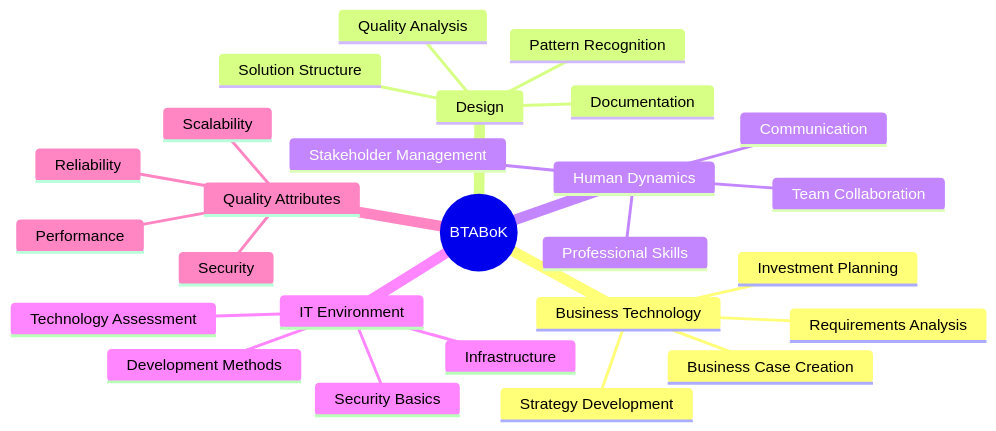
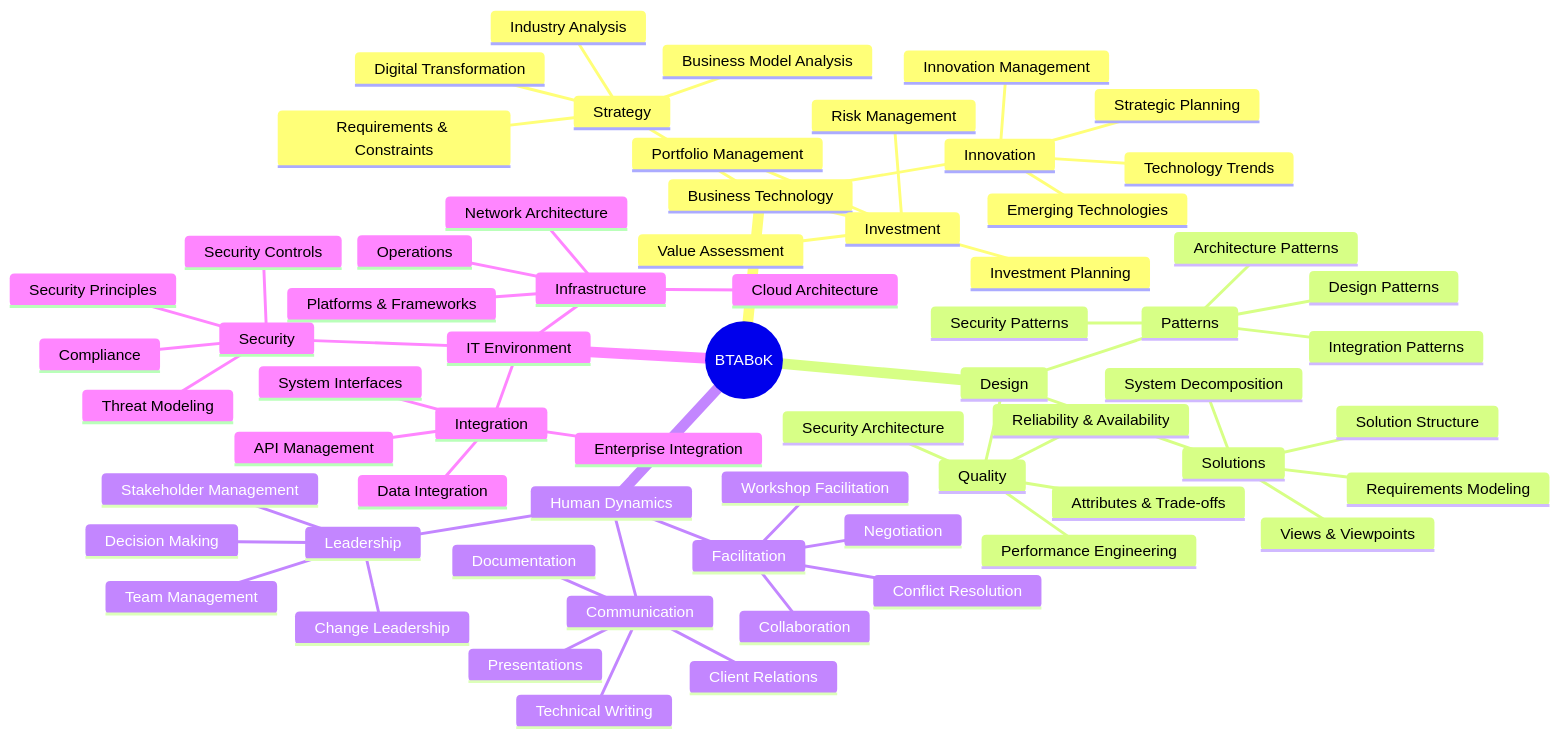
One commit to AliceNN-ucdenver/Iasa changed the second of 4 diagrams in teaching-firms.md. Above: the diagram before and after it, drawn with Mermaid. The commit also changed other lines of this file, not shown here.

````diff
--- a/teaching-firms.md
+++ b/teaching-firms.md
@@ -59,29 +45,68 @@
 ```mermaid
 mindmap
     root((BTABoK))
         Business Technology
-            Requirements Analysis
-            Strategy Development
-            Business Case Creation
-            Investment Planning
+            Strategy
+                Requirements & Constraints
+                Business Model Analysis
+                Industry Analysis
+                Digital Transformation
+            Investment
+                Portfolio Management
+                Risk Management
+                Value Assessment
+                Investment Planning
+            Innovation
+                Innovation Management
+                Technology Trends
+                Emerging Technologies
+                Strategic Planning
         Design
-            Pattern Recognition
-            Solution Structure
-            Documentation
-            Quality Analysis
+            Patterns
+                Architecture Patterns
+                Design Patterns
+                Integration Patterns
+                Security Patterns
+            Solutions
+                Requirements Modeling
+                Views & Viewpoints
+                Solution Structure
+                System Decomposition
+            Quality
+                Attributes & Trade-offs
+                Performance Engineering
+                Reliability & Availability
+                Security Architecture
         Human Dynamics
-            Team Collaboration
+            Leadership
+                Team Management
+                Change Leadership
+                Decision Making
+                Stakeholder Management
             Communication
-            Stakeholder Management
-            Professional Skills
+                Technical Writing
+                Presentations
+                Documentation
+                Client Relations
+            Facilitation
+                Negotiation
+                Conflict Resolution
+                Workshop Facilitation
+                Collaboration
         IT Environment
             Infrastructure
-            Security Basics
-            Development Methods
-            Technology Assessment
-        Quality Attributes
-            Performance
+                Platforms & Frameworks
+                Cloud Architecture
+                Network Architecture
+                Operations
             Security
-            Scalability
-            Reliability
+                Security Principles
+                Threat Modeling
+                Security Controls
+                Compliance
+            Integration
+                Enterprise Integration
+                API Management
+                System Interfaces
+                Data Integration
 ```
````
